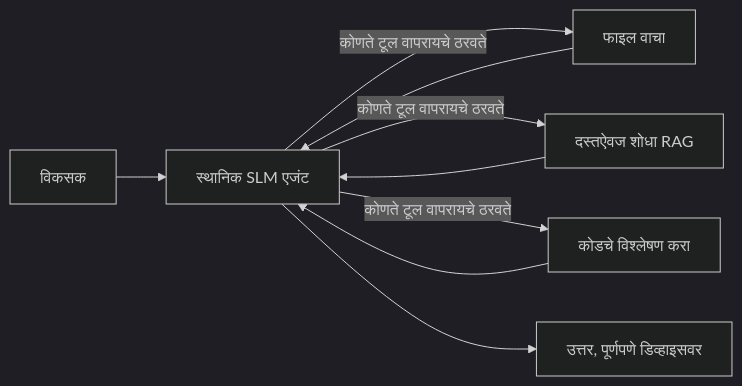
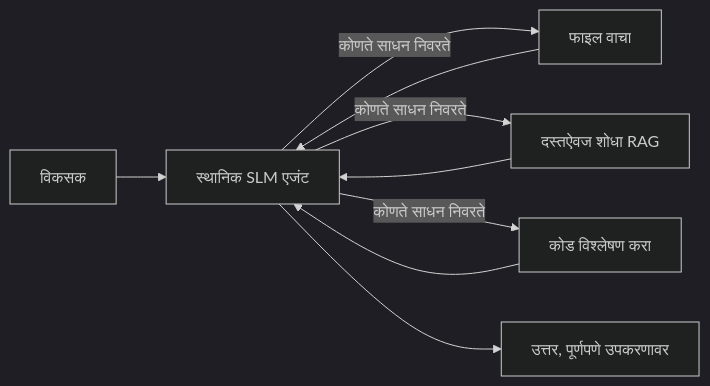
The first of 4 diagrams in mirrors/repos/microsoft@ai-agents-for-beginners/translations/mr/17-creating-local-ai-agents/README.md (gabrielmoreira/agent-skills-mirror), drawn with Mermaid (dark theme) before and after one commit. The commit also changed other lines of this file and 4262 other files, not shown here.

````diff
--- a/mirrors/repos/microsoft@ai-agents-for-beginners/translations/mr/17-creating-local-ai-agents/README.md
+++ b/mirrors/repos/microsoft@ai-agents-for-beginners/translations/mr/17-creating-local-ai-agents/README.md
@@ -66,11 +66,11 @@
 ```mermaid
 flowchart LR
     U[विकसक] --> A[स्थानिक SLM एजंट]
-    A -->|कोणते टूल वापरायचे ठरवते| T1[फाइल वाचा]
-    A -->|कोणते टूल वापरायचे ठरवते| T2[दस्तऐवज शोधा RAG]
-    A -->|कोणते टूल वापरायचे ठरवते| T3[कोडचे विश्लेषण करा]
+    A -->|कोणते साधन निवरते| T1[फाइल वाचा]
+    A -->|कोणते साधन निवरते| T2[दस्तऐवज शोधा RAG]
+    A -->|कोणते साधन निवरते| T3[कोड विश्लेषण करा]
     T1 --> A
     T2 --> A
     T3 --> A
-    A --> R[उत्तर, पूर्णपणे डिव्हाइसवर]
+    A --> R[उत्तर, पूर्णपणे उपकरणावर]
 ```
````
